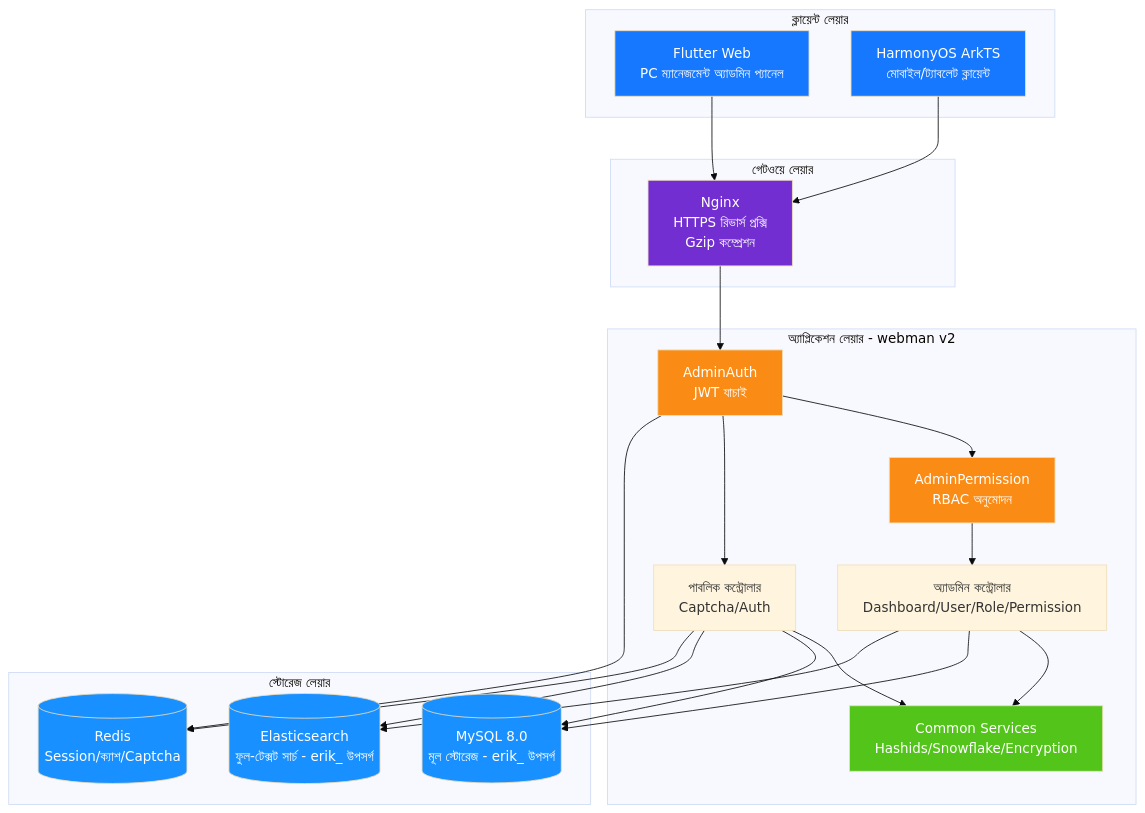
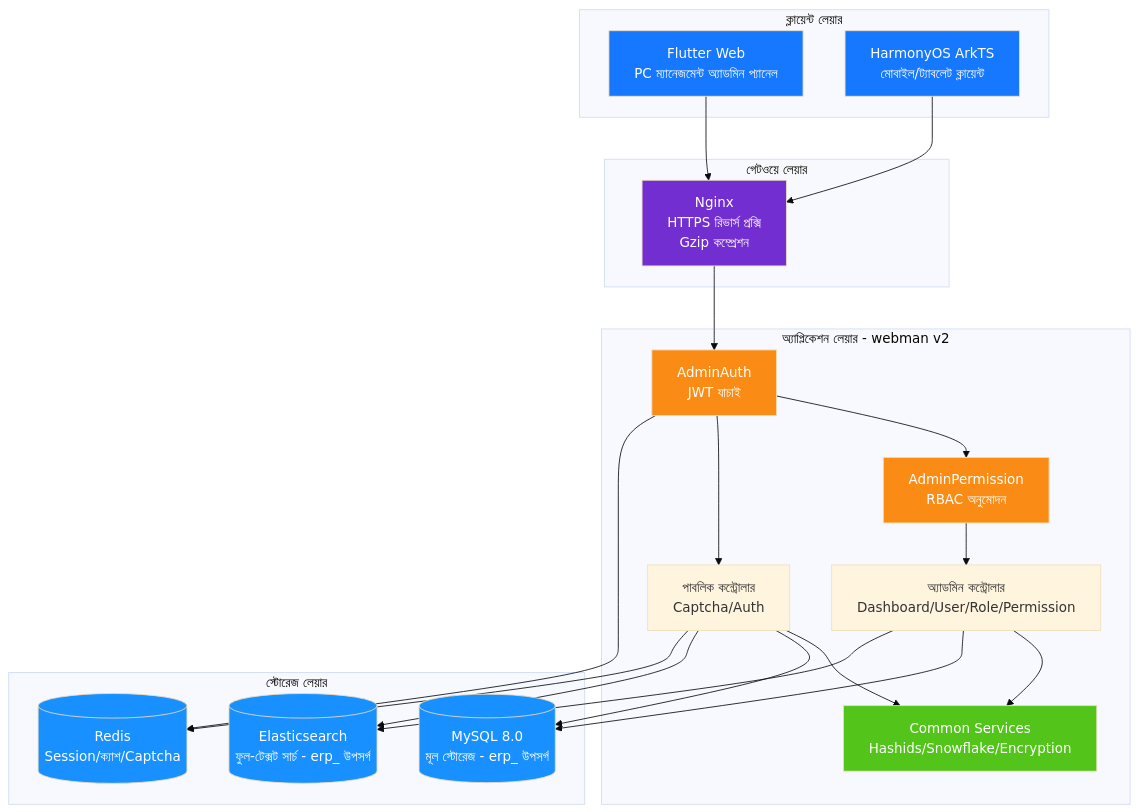
One commit to erikwang2013/erp-php changed the diagram in docs/i18n/bn/diagrams/01-system-architecture.md. Above: the diagram before and after it, drawn with Mermaid (base theme). The commit also changed 449 other files, not shown here.

First line of the commit message:
全局命名统一：数据库 erp、表前缀 erp_、Redis 前缀 erp:（原 erik_/open_admin）

````diff
--- a/docs/i18n/bn/diagrams/01-system-architecture.md
+++ b/docs/i18n/bn/diagrams/01-system-architecture.md
@@ -3,50 +3,50 @@
 ```mermaid
 flowchart TB
     subgraph clients["ক্লায়েন্ট লেয়ার"]
         flutter["Flutter Web<br/>PC ম্যানেজমেন্ট অ্যাডমিন প্যানেল"]
         harmony["HarmonyOS ArkTS<br/>মোবাইল/ট্যাবলেট ক্লায়েন্ট"]
     end
 
     subgraph gateway["গেটওয়ে লেয়ার"]
         nginx["Nginx<br/>HTTPS রিভার্স প্রক্সি<br/>Gzip কম্প্রেশন"]
     end
 
     subgraph app["অ্যাপ্লিকেশন লেয়ার - webman v2"]
         auth["AdminAuth<br/>JWT যাচাই"]
         perm["AdminPermission<br/>RBAC অনুমোদন"]
         admin["অ্যাডমিন কন্ট্রোলার<br/>Dashboard/User/Role/Permission"]
         public["পাবলিক কন্ট্রোলার<br/>Captcha/Auth"]
         common["Common Services<br/>Hashids/Snowflake/Encryption"]
     end
 
     subgraph storage["স্টোরেজ লেয়ার"]
-        mysql[("MySQL 8.0<br/>মূল স্টোরেজ - erik_ উপসর্গ")]
-        es[("Elasticsearch<br/>ফুল-টেক্সট সার্চ - erik_ উপসর্গ")]
+        mysql[("MySQL 8.0<br/>মূল স্টোরেজ - erp_ উপসর্গ")]
+        es[("Elasticsearch<br/>ফুল-টেক্সট সার্চ - erp_ উপসর্গ")]
         redis[("Redis<br/>Session/ক্যাশ/Captcha")]
     end
 
     flutter --> nginx
     harmony --> nginx
     nginx --> auth
     auth --> perm
     perm --> admin
     auth --> public
     admin --> common
     public --> common
     admin --> mysql
     public --> mysql
     admin --> es
     public --> es
     auth --> redis
     public --> redis
 
     style flutter fill:#1677FF,color:#fff
     style harmony fill:#1677FF,color:#fff
     style nginx fill:#722ED1,color:#fff
     style auth fill:#FA8C16,color:#fff
     style perm fill:#FA8C16,color:#fff
     style common fill:#52C41A,color:#fff
     style mysql fill:#1890FF,color:#fff
     style es fill:#1890FF,color:#fff
     style redis fill:#1890FF,color:#fff
 ```
````
